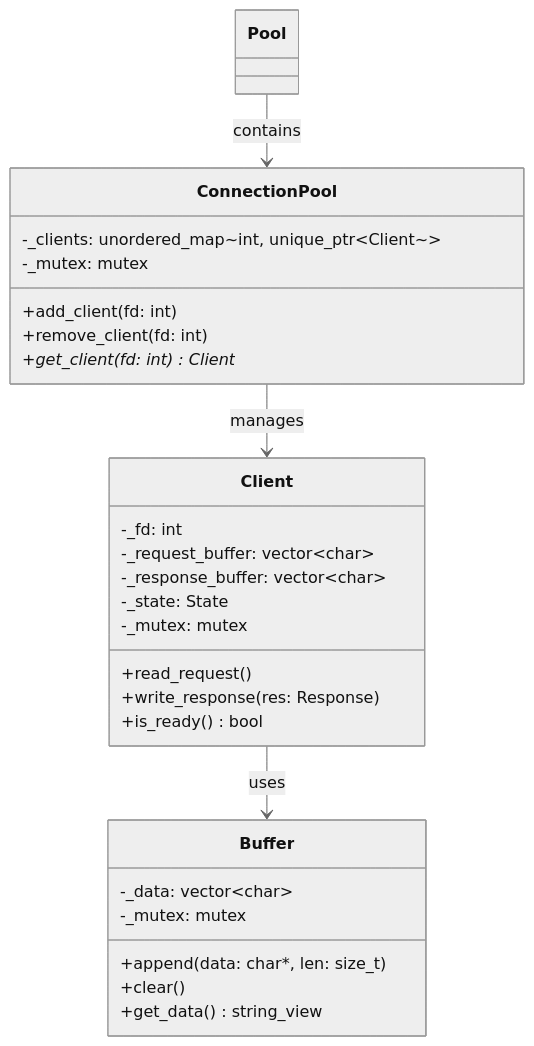
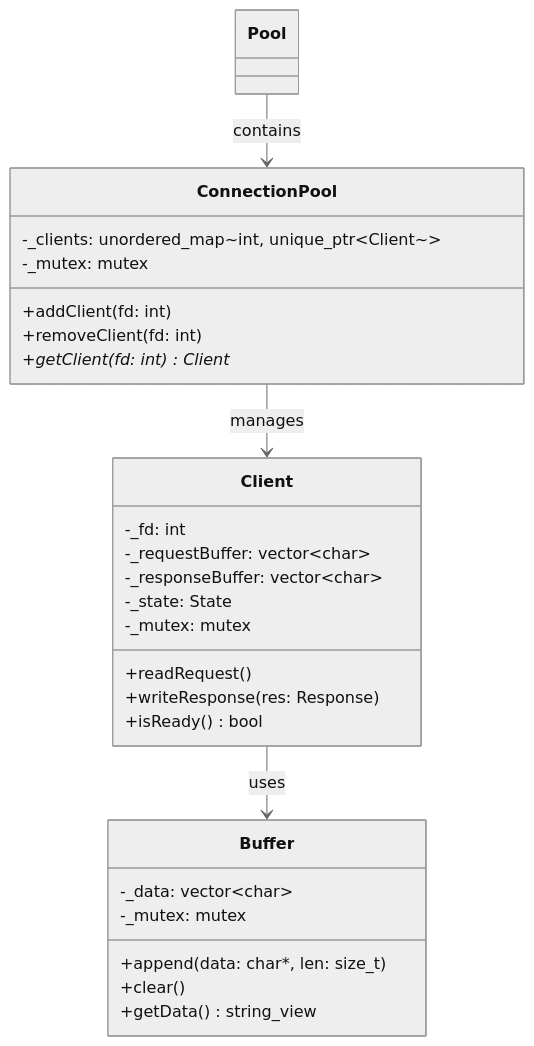
Before and after one commit to etib-corp/fion: the fifth of 10 diagrams in ARCHITECTURE.md, drawn with Mermaid (neutral theme). The commit also changed other lines of this file and 45 other files, not shown here.

Commit message:
Feat: Implement new architecture

````diff
--- a/ARCHITECTURE.md
+++ b/ARCHITECTURE.md
@@ -139,33 +139,33 @@
 ```mermaid
 classDiagram
     class ConnectionPool {
         -_clients: unordered_map~int, unique_ptr~Client~~
         -_mutex: mutex
-        +add_client(fd: int)
-        +remove_client(fd: int)
-        +get_client(fd: int) Client*
+        +addClient(fd: int)
+        +removeClient(fd: int)
+        +getClient(fd: int) Client*
     }
 
     class Client {
         -_fd: int
-        -_request_buffer: vector~char~
-        -_response_buffer: vector~char~
+        -_requestBuffer: vector~char~
+        -_responseBuffer: vector~char~
         -_state: State
         -_mutex: mutex
-        +read_request()
-        +write_response(res: Response)
-        +is_ready() bool
+        +readRequest()
+        +writeResponse(res: Response)
+        +isReady() bool
     }
 
     class Buffer {
         -_data: vector~char~
         -_mutex: mutex
         +append(data: char*, len: size_t)
         +clear()
-        +get_data() string_view
+        +getData() string_view
     }
 
     Pool --> ConnectionPool : contains
     ConnectionPool --> Client : manages
     Client --> Buffer : uses
 ```
````
